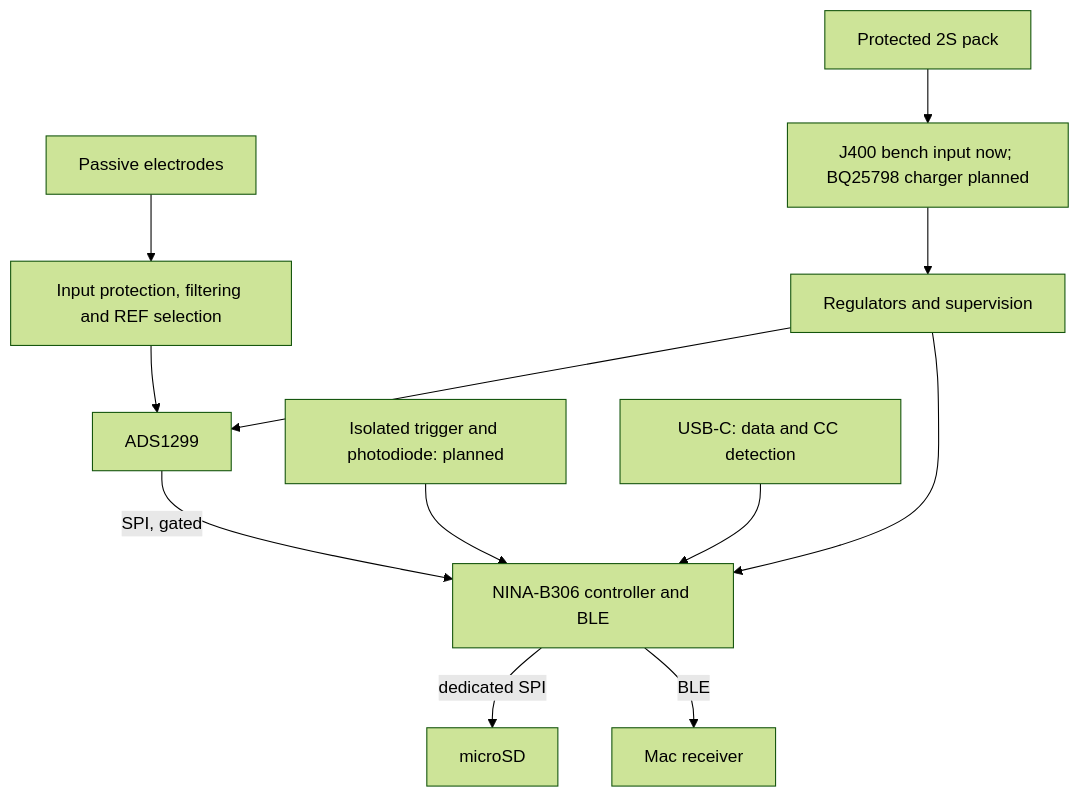
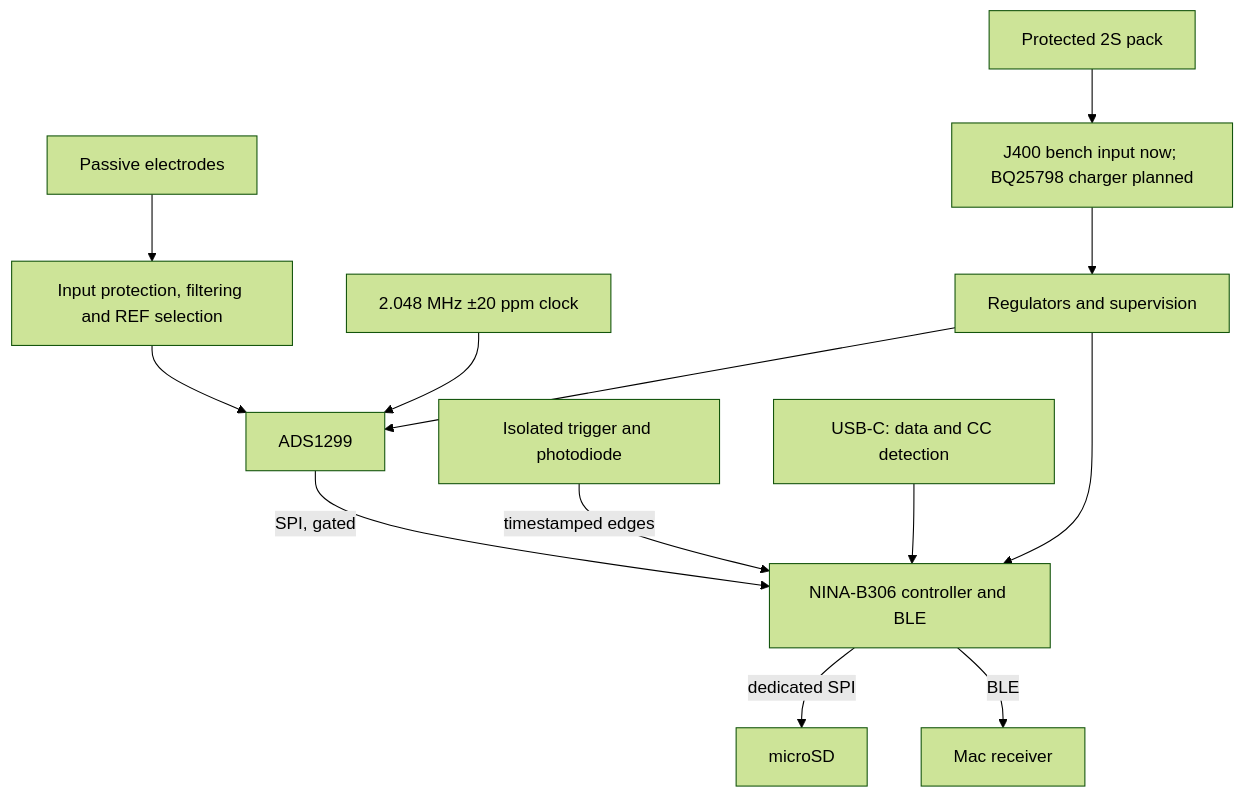
The diagram in docs/project.md (MariusFauteux/EEG-PCB), drawn with Mermaid (forest theme) before and after one commit. The commit also changed other lines of this file and 56 other files, not shown here.

````diff
--- a/docs/project.md
+++ b/docs/project.md
@@ -52,14 +53,15 @@
 ```mermaid
 flowchart TD
     E[Passive electrodes] --> I[Input protection, filtering and REF selection]
     I --> A[ADS1299]
     A -->|SPI, gated| M[NINA-B306 controller and BLE]
     M -->|dedicated SPI| S[microSD]
     M -->|BLE| C[Mac receiver]
-    T[Isolated trigger and photodiode: planned] --> M
+    T[Isolated trigger and photodiode] -->|timestamped edges| M
+    X[2.048 MHz ±20 ppm clock] --> A
     U[USB-C: data and CC detection] --> M
     B[Protected 2S pack] --> J[J400 bench input now; BQ25798 charger planned]
     J --> P[Regulators and supervision]
     P --> A
     P --> M
 ```
````
